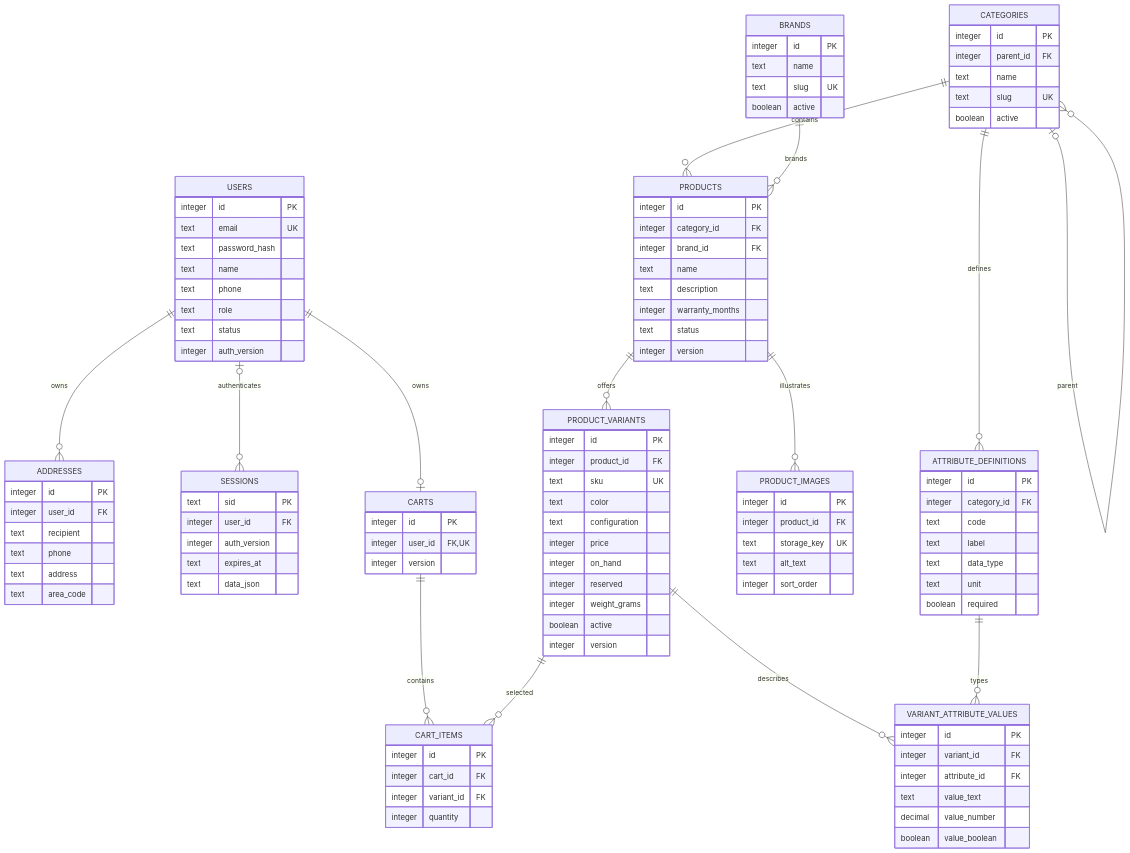
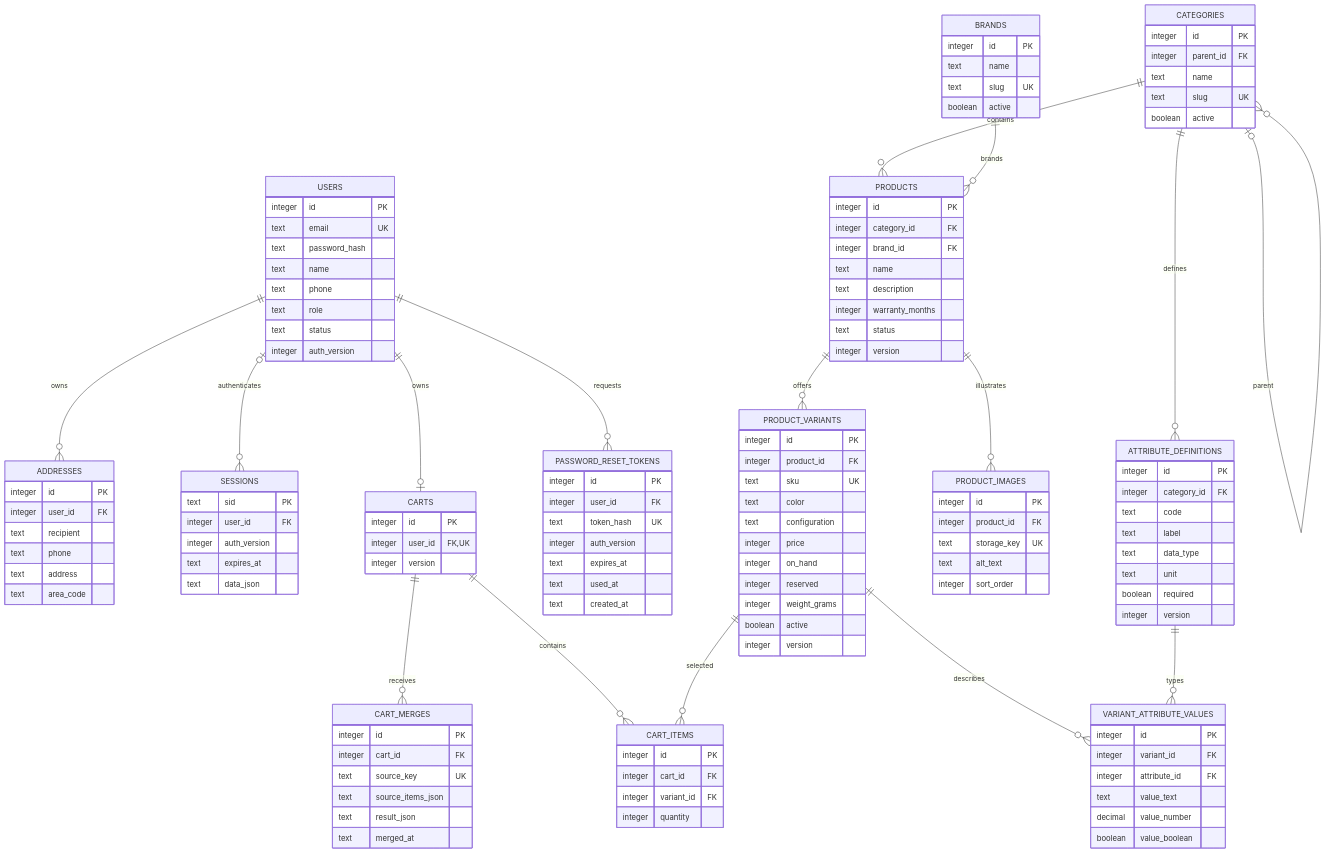
One commit to hungpkaa/x-y-d-ng-web-b-n-h-ng-i-n-t-cho-m-t-c-a-h-ng changed the first of 4 diagrams in docs/07_ERD_VA_TU_DIEN_DU_LIEU.md. Above: the diagram before and after it, drawn with Mermaid. The commit also changed other lines of this file and 134 other files, not shown here.

```diff
--- a/docs/07_ERD_VA_TU_DIEN_DU_LIEU.md
+++ b/docs/07_ERD_VA_TU_DIEN_DU_LIEU.md
@@ -11,6 +21,8 @@
   USERS ||--o{ ADDRESSES : owns
   USERS o|--o{ SESSIONS : authenticates
   USERS ||--o| CARTS : owns
+  USERS ||--o{ PASSWORD_RESET_TOKENS : requests
+  CARTS ||--o{ CART_MERGES : receives
   CARTS ||--o{ CART_ITEMS : contains
   PRODUCT_VARIANTS ||--o{ CART_ITEMS : selected
   CATEGORIES o|--o{ CATEGORIES : parent
@@ -56,6 +68,23 @@
     integer cart_id FK
     integer variant_id FK
     integer quantity
+  }
+  PASSWORD_RESET_TOKENS {
+    integer id PK
+    integer user_id FK
+    text token_hash UK
+    integer auth_version
+    text expires_at
+    text used_at
+    text created_at
+  }
+  CART_MERGES {
+    integer id PK
+    integer cart_id FK
+    text source_key UK
+    text source_items_json
+    text result_json
+    text merged_at
   }
   CATEGORIES {
     integer id PK
@@ -108,6 +137,7 @@
     text data_type
     text unit
     boolean required
+    integer version
   }
   VARIANT_ATTRIBUTE_VALUES {
     integer id PK
```
